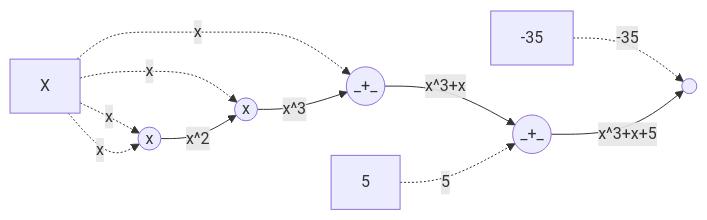
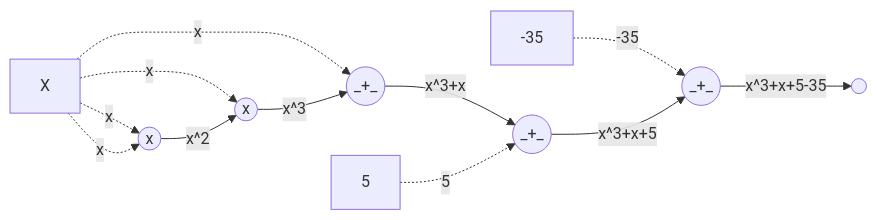
One commit to erhant/arithmetic-circuits changed the diagram in docs/4-r1cs.md. Above: the diagram before and after it, drawn with Mermaid. The commit also changed other lines of this file and 5 other files, not shown here.

````diff
--- a/docs/4-r1cs.md
+++ b/docs/4-r1cs.md
@@ -47,12 +49,14 @@
 ```mermaid
 flowchart LR
-  a1(("_+_")); a2(("_+_"));
+  a1(("_+_")); a2(("_+_")); a3(("_+_"))
   m1(("x")); m2(("x"));
   O((" "));
 
   X & X -."x".-> m1
   X -."x".-> m2; m1 --"x^2"--> m2
   X -."x".-> a1; m2 --"x^3"--> a1
   a1 --"x^3+x"--> a2; 5 -."5".-> a2
-  35["-35"] -."-35".-> O; a2 --"x^3+x+5"--> O;
+  35["-35"] -."-35".-> a3; a2 --"x^3+x+5"--> a3;
+  a3 --"x^3+x+5-35"--> O
+
 ```
````
